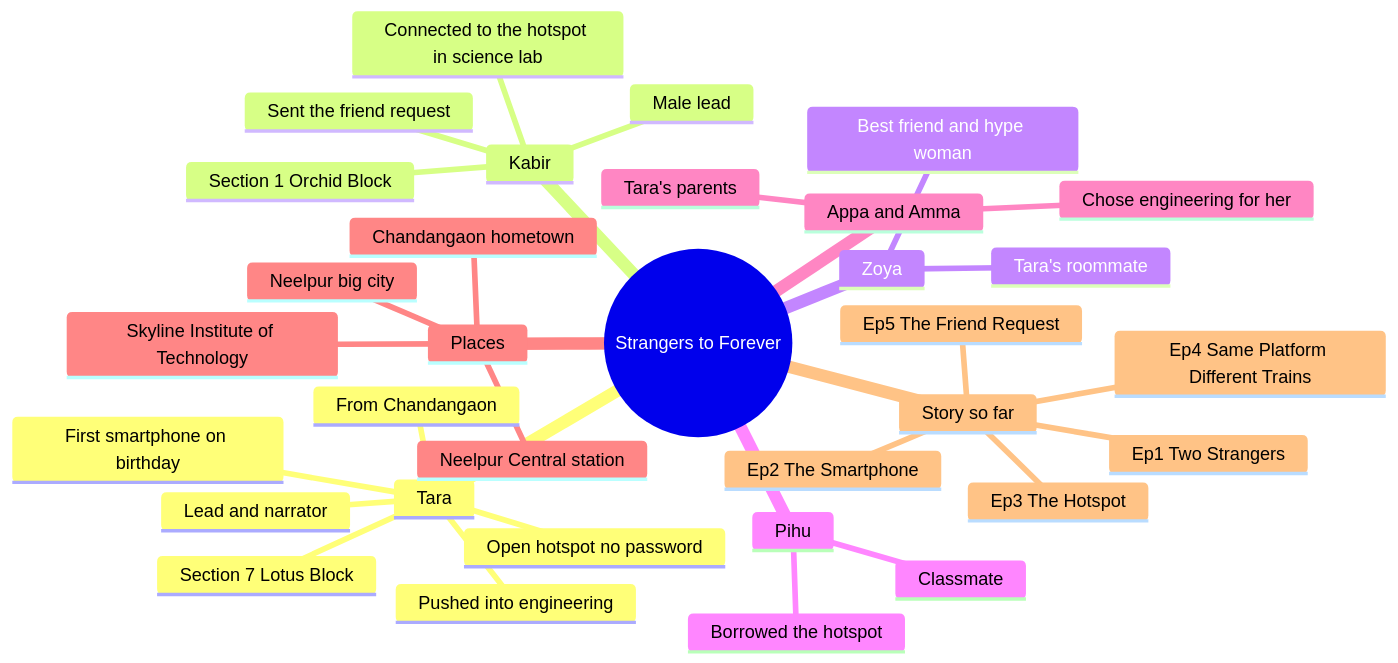
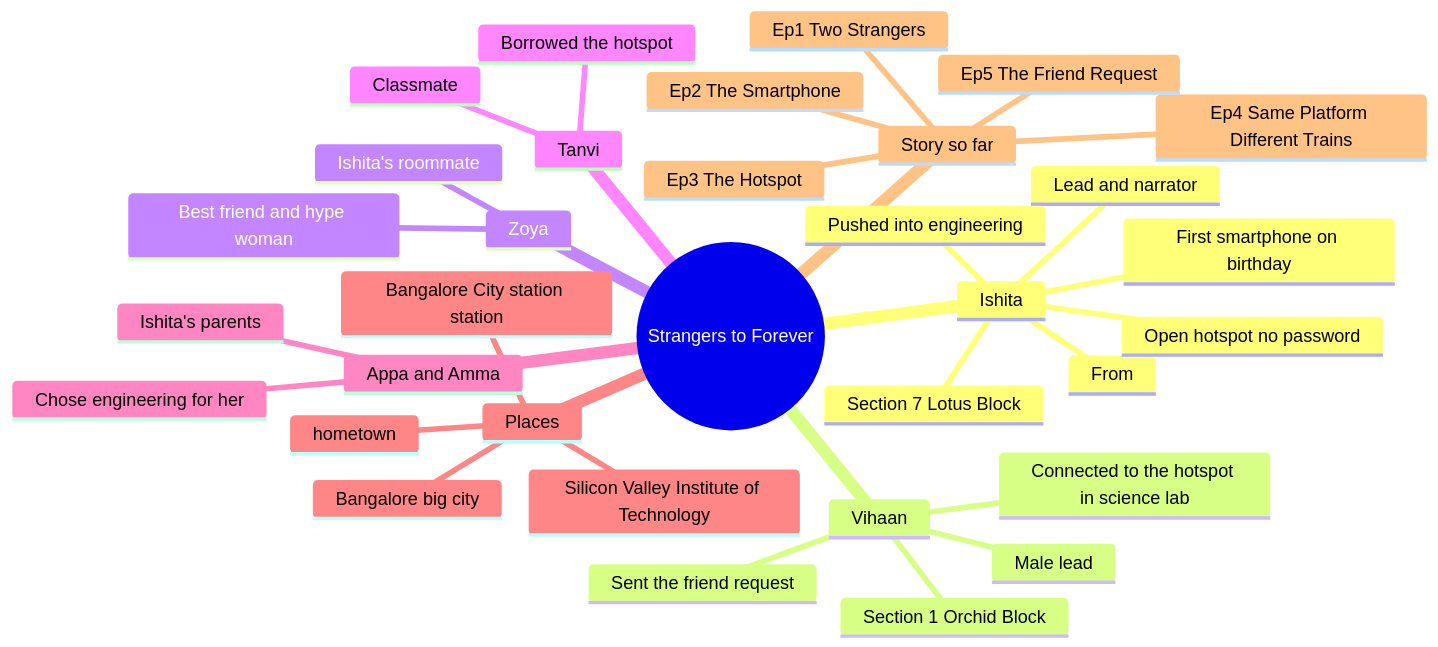
Before and after one commit to avinashchavan1/reel-studio-movie: the diagram in character-mindmap.mmd, drawn with Mermaid. The commit also changed 15 other files, not shown here.

```diff
--- a/character-mindmap.mmd
+++ b/character-mindmap.mmd
@@ -1,34 +1,34 @@
 mindmap
   root((Strangers to Forever))
-    Tara
+    Ishita
       Lead and narrator
-      From Chandangaon
+      From <hometown, to be chosen>
       Pushed into engineering
       Section 7 Lotus Block
       First smartphone on birthday
       Open hotspot no password
-    Kabir
+    Vihaan
       Male lead
       Section 1 Orchid Block
       Connected to the hotspot in science lab
       Sent the friend request
     Zoya
-      Tara's roommate
+      Ishita's roommate
       Best friend and hype woman
-    Pihu
+    Tanvi
       Classmate
       Borrowed the hotspot
     Appa and Amma
-      Tara's parents
+      Ishita's parents
       Chose engineering for her
     Places
-      Chandangaon hometown
-      Neelpur big city
-      Skyline Institute of Technology
-      Neelpur Central station
+      <hometown, to be chosen> hometown
+      Bangalore big city
+      Silicon Valley Institute of Technology
+      Bangalore City station station
     Story so far
       Ep1 Two Strangers
       Ep2 The Smartphone
       Ep3 The Hotspot
       Ep4 Same Platform Different Trains
       Ep5 The Friend Request
```
